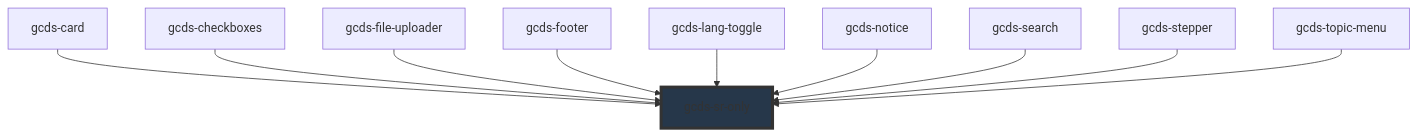
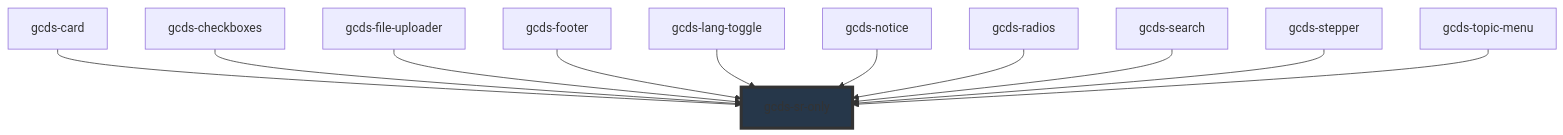
Before and after one commit to cds-snc/gcds-components: the diagram in packages/web/src/components/gcds-sr-only/readme.md, drawn with Mermaid. The commit also changed other lines of this file and 9 other files, not shown here.

First line of the commit message:
feat(gcds-radios): Add hide-legend attribute (#1052)

````diff
--- a/packages/web/src/components/gcds-sr-only/readme.md
+++ b/packages/web/src/components/gcds-sr-only/readme.md
@@ -41,13 +42,14 @@
 ```mermaid
 graph TD;
   gcds-card --> gcds-sr-only
   gcds-checkboxes --> gcds-sr-only
   gcds-file-uploader --> gcds-sr-only
   gcds-footer --> gcds-sr-only
   gcds-lang-toggle --> gcds-sr-only
   gcds-notice --> gcds-sr-only
+  gcds-radios --> gcds-sr-only
   gcds-search --> gcds-sr-only
   gcds-stepper --> gcds-sr-only
   gcds-topic-menu --> gcds-sr-only
   style gcds-sr-only fill:#26374a,stroke:#333,stroke-width:4px
 ```
````
